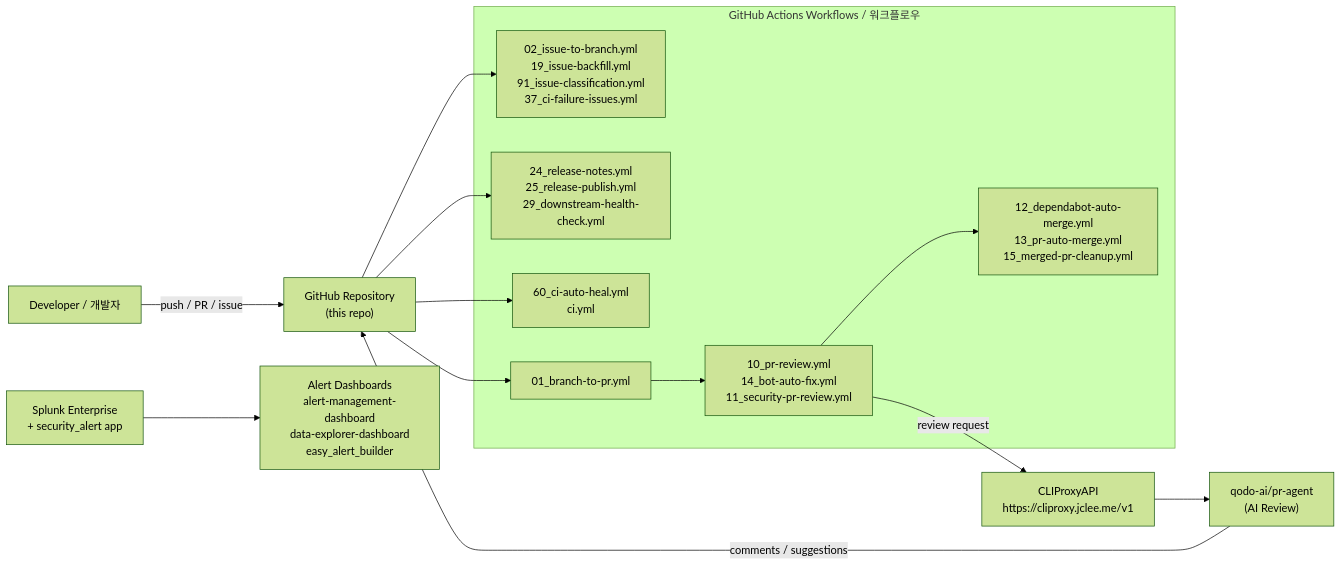
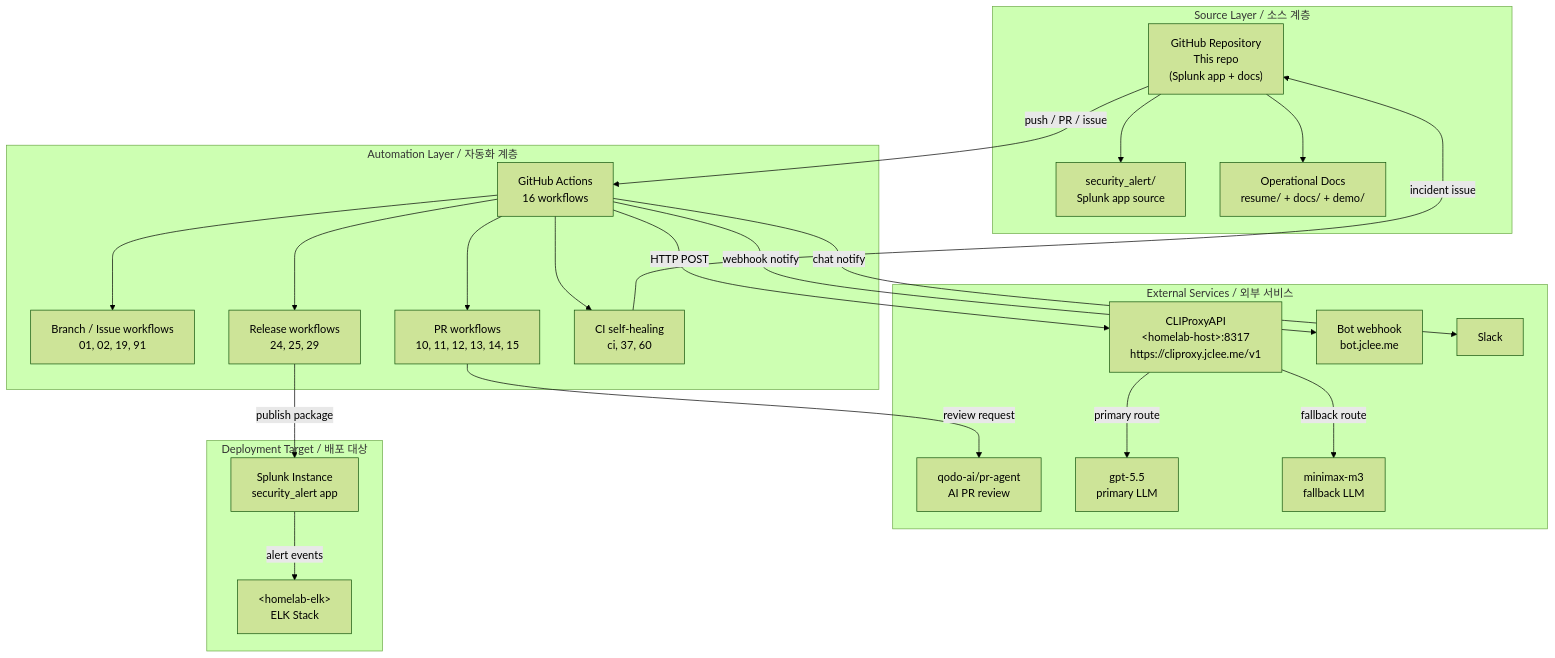
The diagram in README.md (jclee941/splunk), drawn with Mermaid (forest theme) before and after one commit. The commit also changed other lines of this file, not shown here.

Commit message:
docs: auto-update README.md

````diff
--- a/README.md
+++ b/README.md
@@ -81,32 +78,47 @@
 ```mermaid
-flowchart LR
-    Dev["Developer / 개발자"]
-    GH["GitHub Repository<br/>(this repo)"]
-
-    subgraph WF["GitHub Actions Workflows / 워크플로우"]
-        PR["10_pr-review.yml<br/>14_bot-auto-fix.yml<br/>11_security-pr-review.yml"]
-        MERGE["12_dependabot-auto-merge.yml<br/>13_pr-auto-merge.yml<br/>15_merged-pr-cleanup.yml"]
-        ISSUE["02_issue-to-branch.yml<br/>19_issue-backfill.yml<br/>91_issue-classification.yml<br/>37_ci-failure-issues.yml"]
-        REL["24_release-notes.yml<br/>25_release-publish.yml<br/>29_downstream-health-check.yml"]
-        HEAL["60_ci-auto-heal.yml<br/>ci.yml"]
-        BR["01_branch-to-pr.yml"]
+flowchart TB
+    subgraph SRC["Source Layer / 소스 계층"]
+        REPO["GitHub Repository<br/>This repo<br/>(Splunk app + docs)"]
+        APP["security_alert/<br/>Splunk app source"]
+        DOCS["Operational Docs<br/>resume/ + docs/ + demo/"]
     end
 
-    Proxy["CLIProxyAPI<br/>https://cliproxy.jclee.me/v1"]
-    PRAgent["qodo-ai/pr-agent<br/>(AI Review)"]
+    subgraph CI["Automation Layer / 자동화 계층"]
+        ACT["GitHub Actions<br/>16 workflows"]
+        BR["Branch / Issue workflows<br/>01, 02, 19, 91"]
+        PR["PR workflows<br/>10, 11, 12, 13, 14, 15"]
+        REL["Release workflows<br/>24, 25, 29"]
+        HEAL["CI self-healing<br/>ci, 37, 60"]
+    end
 
-    Splunk["Splunk Enterprise<br/>+ security_alert app"]
-    Dash["Alert Dashboards<br/>alert-management-dashboard<br/>data-explorer-dashboard<br/>easy_alert_builder"]
+    subgraph EXT["External Services / 외부 서비스"]
+        QA["qodo-ai/pr-agent<br/>AI PR review"]
+        CP["CLIProxyAPI<br/>&lt;homelab-host&gt;:8317<br/>https://cliproxy.jclee.me/v1"]
+        GPT["gpt-5.5<br/>primary LLM"]
+        MIN["minimax-m3<br/>fallback LLM"]
+        BOT["Bot webhook<br/>bot.jclee.me"]
+        SLK["Slack"]
+    end
 
-    Dev -- "push / PR / issue" --> GH
-    GH --> BR
-    BR --> PR
-    PR -- "review request" --> Proxy
-    Proxy --> PRAgent
-    PRAgent -- "comments / suggestions" --> GH
-    PR --> MERGE
-    GH --> ISSUE
-    GH --> REL
-    GH --> HEAL
-    Splunk --> Dash
+    subgraph DEP["Deployment Target / 배포 대상"]
+        SPL["Splunk Instance<br/>security_alert app"]
+        ELK["&lt;homelab-elk&gt;<br/>ELK Stack"]
+    end
+
+    REPO --> APP
+    REPO --> DOCS
+    REPO -->|push / PR / issue| ACT
+    ACT --> BR
+    ACT --> PR
+    ACT --> REL
+    ACT --> HEAL
+    PR -->|review request| QA
+    ACT -->|HTTP POST| CP
+    CP -->|primary route| GPT
+    CP -->|fallback route| MIN
+    ACT -->|webhook notify| BOT
+    REL -->|publish package| SPL
+    SPL -->|alert events| ELK
+    HEAL -->|incident issue| REPO
+    ACT -->|chat notify| SLK
 ```
````
